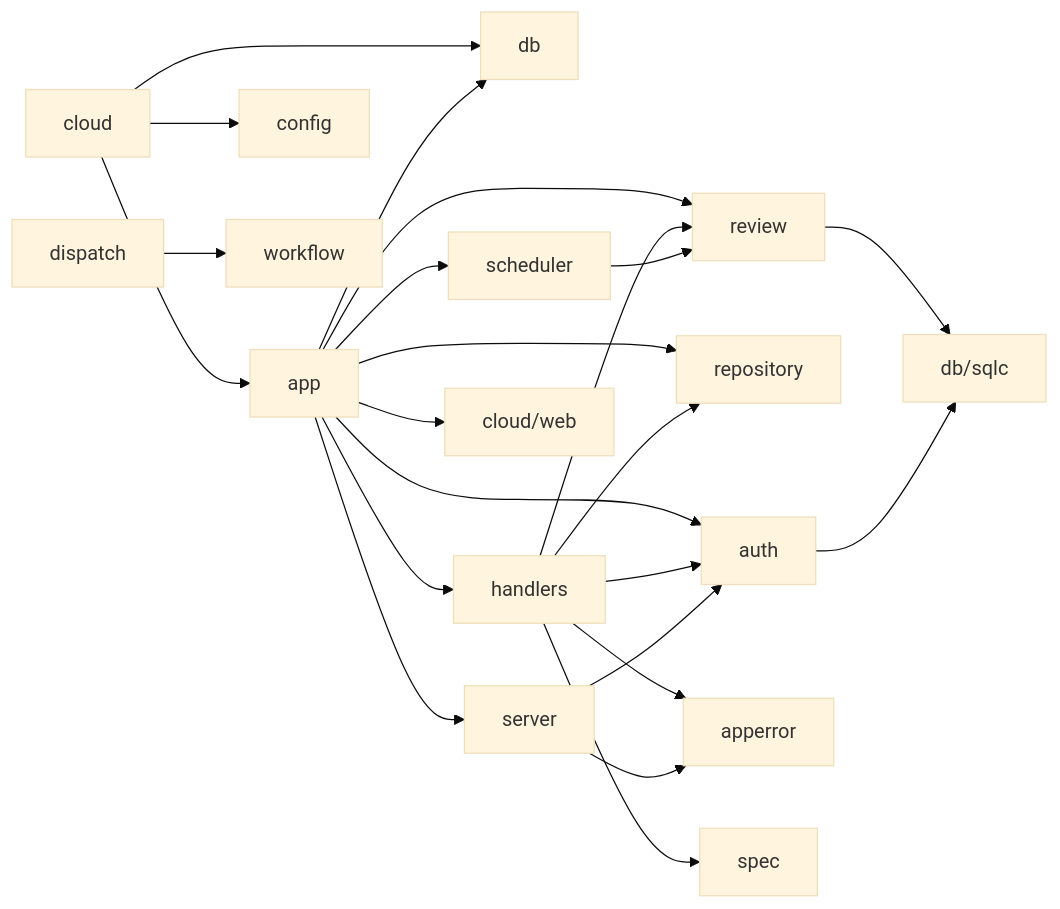
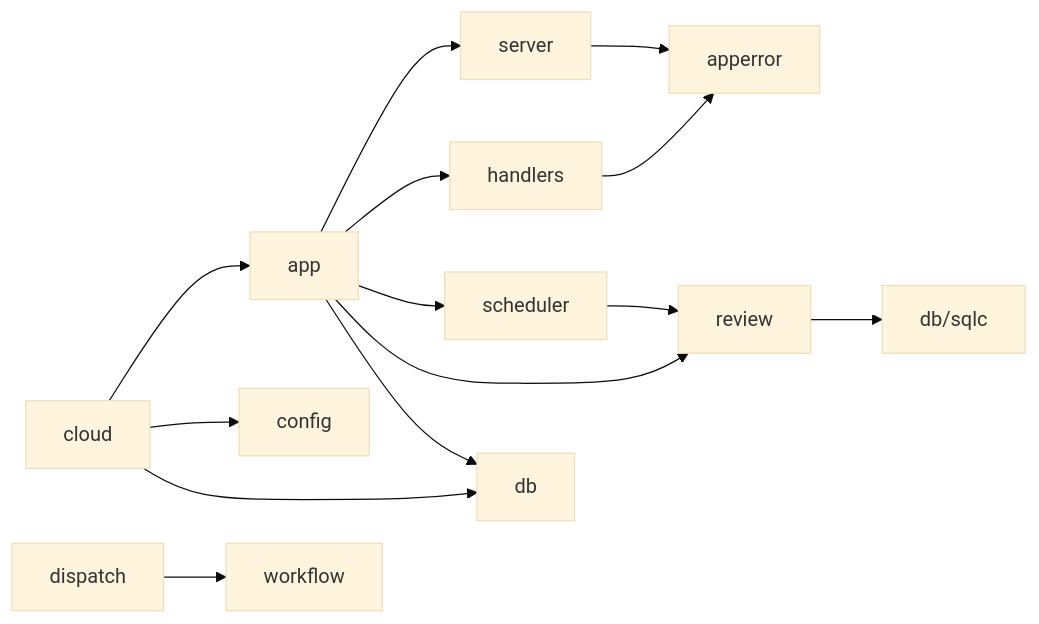
The second of 3 diagrams in docs/zh/cloud/SERVER.md (Pleasurecruise/eyeful), drawn with Mermaid (base theme) before and after one commit. The commit also changed other lines of this file and 190 other files, not shown here.

First line of the commit message:
refactor!: trim the cloud to a webhook-ready server in the root module

````diff
--- a/docs/zh/cloud/SERVER.md
+++ b/docs/zh/cloud/SERVER.md
@@ -45,10 +49,10 @@
 ```mermaid
 flowchart LR
     cmd["cloud"] --> app & config & db
-    app --> server & handlers & scheduler & review & repository & auth & db & web["cloud/web"]
-    handlers --> review & repository & auth & apperror & spec
-    server --> auth & apperror
+    app --> server & handlers & scheduler & review & db
+    handlers --> apperror
+    server --> apperror
     scheduler --> review
-    review & auth --> sqlc["db/sqlc"]
+    review --> sqlc["db/sqlc"]
     dispatch --> workflow
 ```
````
